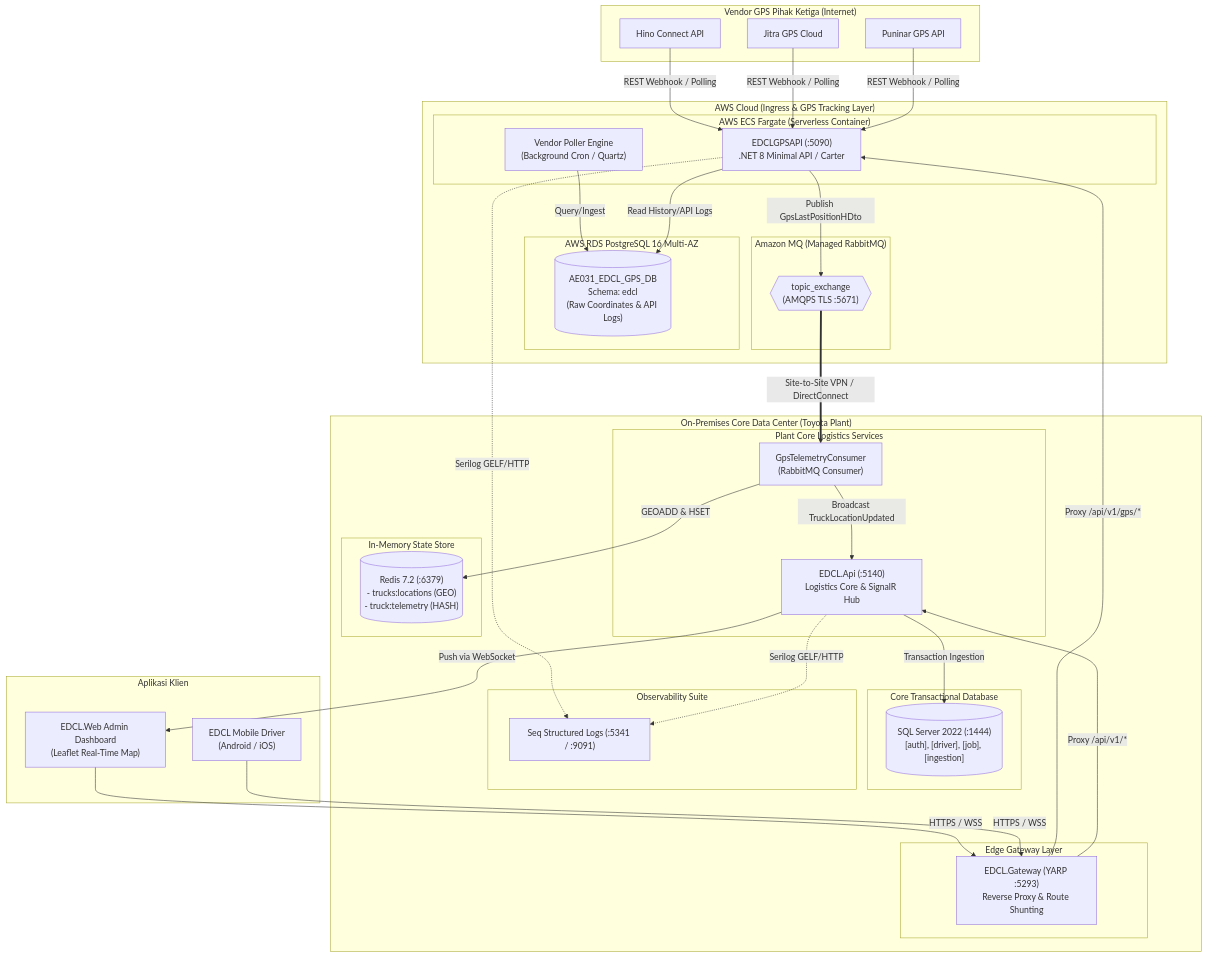
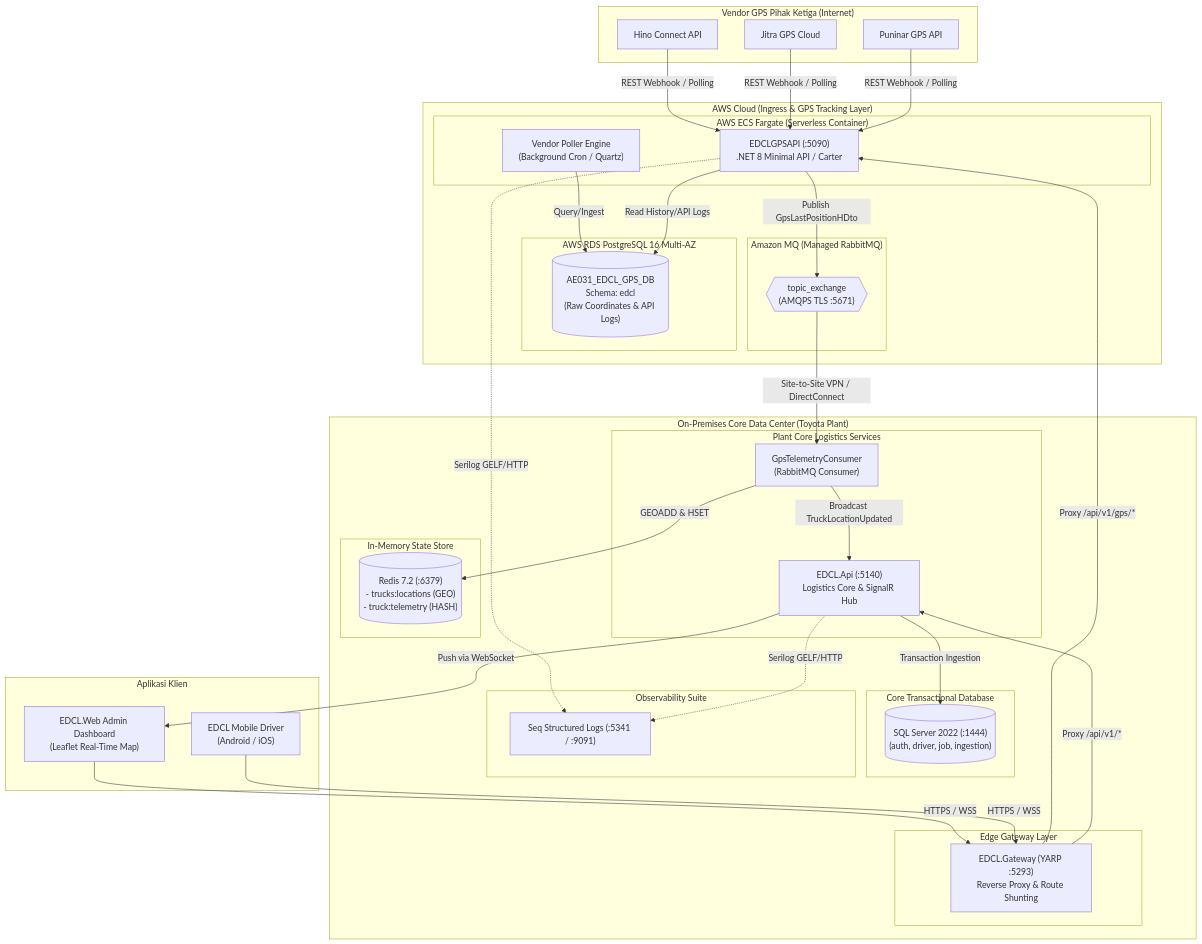
The diagram in docs/architecture/gps-tracking-system.md (odealidj/minione-edcl-net), drawn with Mermaid before and after one commit. The commit also changed other lines of this file and 2 other files, not shown here.

Commit message:
docs: improve Mermaid diagrams compatibility on GitHub and add interactive Live Editor badge

````diff
--- a/docs/architecture/gps-tracking-system.md
+++ b/docs/architecture/gps-tracking-system.md
@@ -24,70 +24,70 @@
 ```mermaid
-flowchart TB
+graph TD
     subgraph AWS_Cloud ["AWS Cloud (Ingress & GPS Tracking Layer)"]
         subgraph Fargate ["AWS ECS Fargate (Serverless Container)"]
             gps_service["EDCLGPSAPI (:5090)\n.NET 8 Minimal API / Carter"]
             poller_worker["Vendor Poller Engine\n(Background Cron / Quartz)"]
         end
 
         subgraph AWS_RDS ["AWS RDS PostgreSQL 16 Multi-AZ"]
             pg_db[("AE031_EDCL_GPS_DB\nSchema: edcl\n(Raw Coordinates & API Logs)")]
         end
 
         subgraph AWS_MQ ["Amazon MQ (Managed RabbitMQ)"]
             topic_ex{{"topic_exchange\n(AMQPS TLS :5671)"}}
         end
 
         poller_worker -->|Query/Ingest| pg_db
         gps_service -->|Read History/API Logs| pg_db
         gps_service -->|Publish GpsLastPositionHDto| topic_ex
     end
 
     subgraph Ext_Vendors ["Vendor GPS Pihak Ketiga (Internet)"]
         v1["Hino Connect API"]
         v2["Jitra GPS Cloud"]
         v3["Puninar GPS API"]
         v1 & v2 & v3 -->|REST Webhook / Polling| gps_service
     end
 
     subgraph OnPrem_Toyota ["On-Premises Core Data Center (Toyota Plant)"]
         subgraph Plant_Gateway ["Edge Gateway Layer"]
             gateway["EDCL.Gateway (YARP :5293)\nReverse Proxy & Route Shunting"]
         end
 
         subgraph Plant_Backend ["Plant Core Logistics Services"]
             edcl_api["EDCL.Api (:5140)\nLogistics Core & SignalR Hub"]
             gps_consumer["GpsTelemetryConsumer\n(RabbitMQ Consumer)"]
         end
 
         subgraph In_Memory ["In-Memory State Store"]
             redis[("Redis 7.2 (:6379)\n- trucks:locations (GEO)\n- truck:telemetry (HASH)")]
         end
 
         subgraph Plant_DB ["Core Transactional Database"]
-            sql_server[("SQL Server 2022 (:1444)\n[auth], [driver], [job], [ingestion]")]
+            sql_server[("SQL Server 2022 (:1444)\n(auth, driver, job, ingestion)")]
         end
 
         subgraph Observability ["Observability Suite"]
             seq["Seq Structured Logs (:5341 / :9091)"]
         end
     end
 
     subgraph Frontends ["Aplikasi Klien"]
         web_ui["EDCL.Web Admin Dashboard\n(Leaflet Real-Time Map)"]
         mobile_app["EDCL Mobile Driver\n(Android / iOS)"]
     end
 
     %% Network & Stream Connections
-    topic_ex ==>|Site-to-Site VPN / DirectConnect| gps_consumer
+    topic_ex -->|Site-to-Site VPN / DirectConnect| gps_consumer
     gps_consumer -->|GEOADD & HSET| redis
     gps_consumer -->|Broadcast TruckLocationUpdated| edcl_api
     edcl_api -->|Push via WebSocket| web_ui
 
     web_ui & mobile_app -->|HTTPS / WSS| gateway
     gateway -->|Proxy /api/v1/gps/*| gps_service
     gateway -->|Proxy /api/v1/*| edcl_api
     edcl_api -->|Transaction Ingestion| sql_server
 
-    gps_service -.->|Serilog GELF/HTTP| seq
-    edcl_api -.->|Serilog GELF/HTTP| seq
+    gps_service -. "Serilog GELF/HTTP" .-> seq
+    edcl_api -. "Serilog GELF/HTTP" .-> seq
 ```
````
